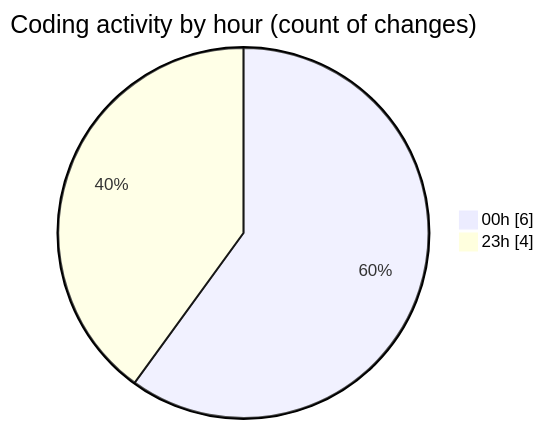
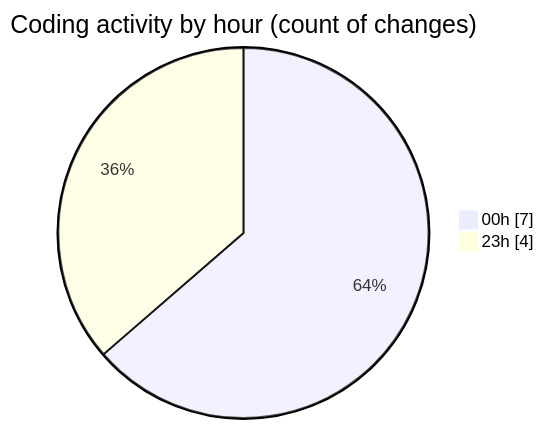
Before and after one commit to lephambinh05/code-tracking: the second of 2 diagrams in 2025-08-21/napxuvn/README.md, drawn with Mermaid. The commit also changed other lines of this file and 1 other file, not shown here.

````diff
--- a/2025-08-21/napxuvn/README.md
+++ b/2025-08-21/napxuvn/README.md
@@ -32,6 +32,6 @@
 ```mermaid
 pie showData
 title Coding activity by hour (count of changes)
-"00h" : 6
+"00h" : 7
 "23h" : 4
 ```
````
